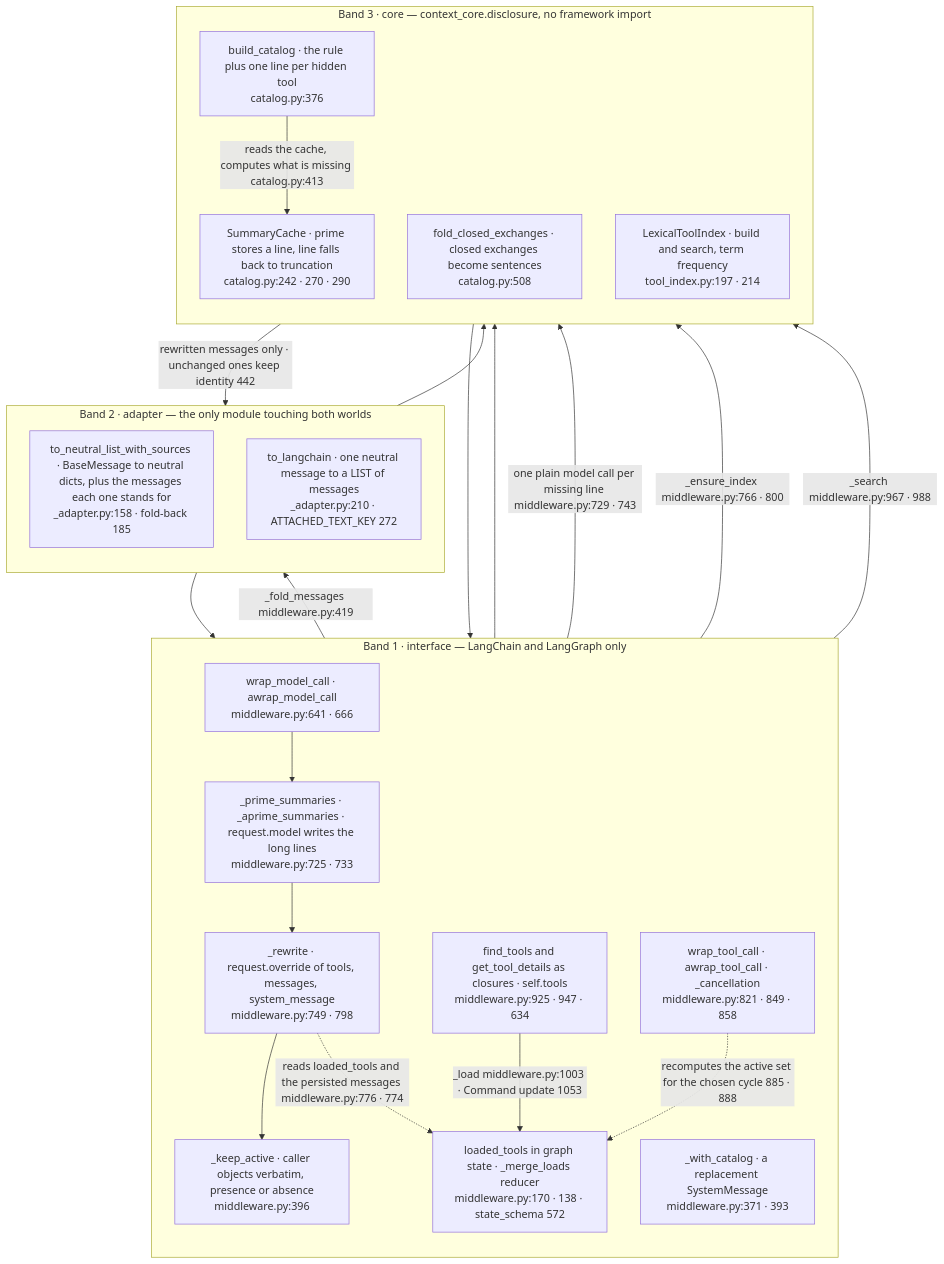
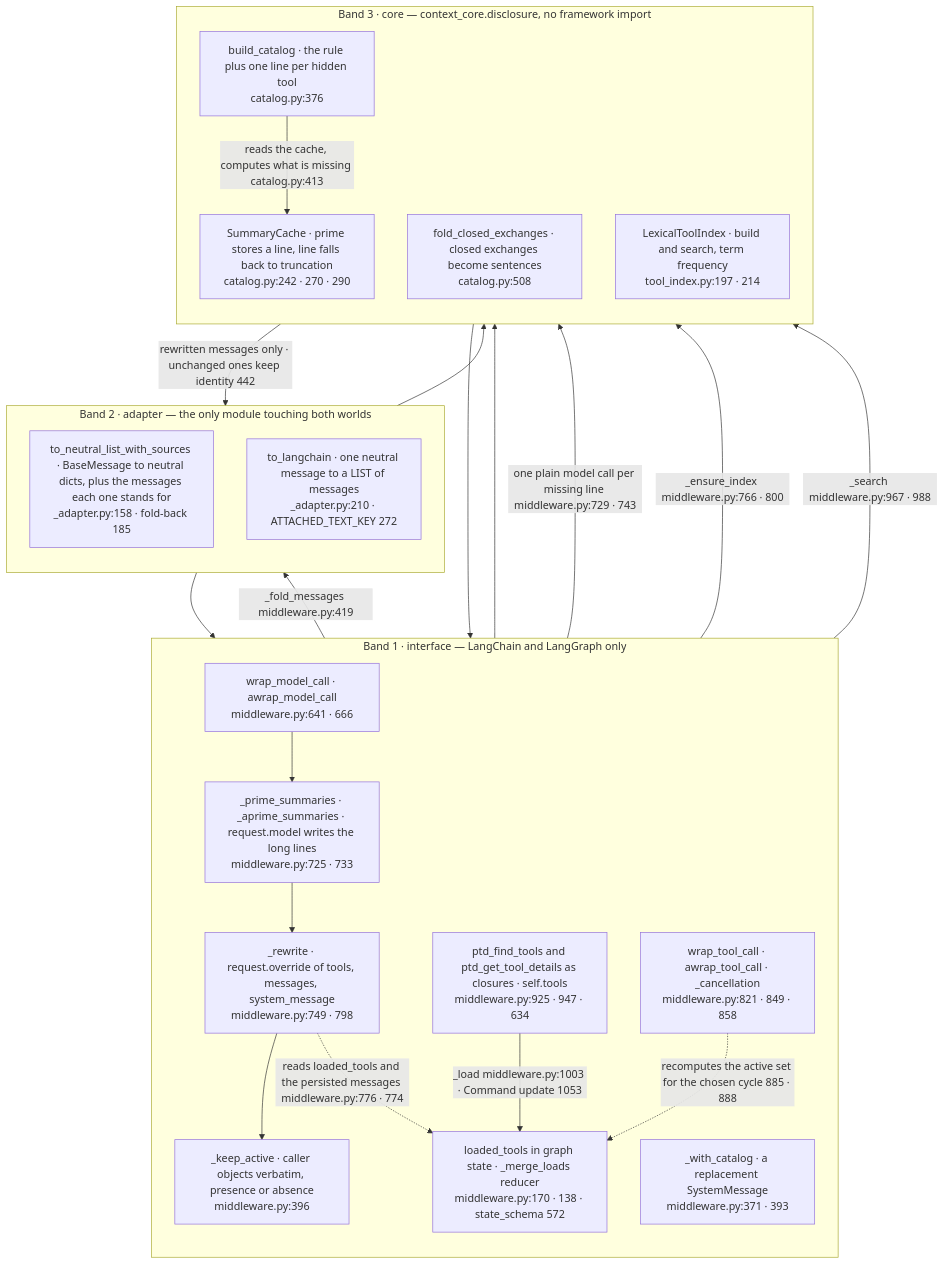
Before and after one commit to aws-samples/sample-context-engineering: the first of 7 diagrams in docs/design/sequence/langgraph/sequence-b-disclosure.md, drawn with Mermaid. The commit also changed other lines of this file and 124 other files, not shown here.

````diff
--- a/docs/design/sequence/langgraph/sequence-b-disclosure.md
+++ b/docs/design/sequence/langgraph/sequence-b-disclosure.md
@@ -87,42 +87,42 @@
 ```mermaid
 flowchart TB
     subgraph band1["Band 1 · interface — LangChain and LangGraph only"]
         direction TB
         WMC["wrap_model_call · awrap_model_call<br/>middleware.py:641 · 666"]
         PRIME["_prime_summaries · _aprime_summaries · request.model writes the long lines<br/>middleware.py:725 · 733"]
         RW["_rewrite · request.override of tools, messages, system_message<br/>middleware.py:749 · 798"]
         KEEP["_keep_active · caller objects verbatim, presence or absence<br/>middleware.py:396"]
         SYS["_with_catalog · a replacement SystemMessage<br/>middleware.py:371 · 393"]
-        TOOLS["find_tools and get_tool_details as closures · self.tools<br/>middleware.py:925 · 947 · 634"]
+        TOOLS["ptd_find_tools and ptd_get_tool_details as closures · self.tools<br/>middleware.py:925 · 947 · 634"]
         WTC["wrap_tool_call · awrap_tool_call · _cancellation<br/>middleware.py:821 · 849 · 858"]
         ST["loaded_tools in graph state · _merge_loads reducer<br/>middleware.py:170 · 138 · state_schema 572"]
     end
     subgraph band2["Band 2 · adapter — the only module touching both worlds"]
         direction TB
         TN["to_neutral_list_with_sources · BaseMessage to neutral dicts, plus the messages each one stands for<br/>_adapter.py:158 · fold-back 185"]
         TL["to_langchain · one neutral message to a LIST of messages<br/>_adapter.py:210 · ATTACHED_TEXT_KEY 272"]
     end
     subgraph band3["Band 3 · core — context_core.disclosure, no framework import"]
         direction TB
         BC["build_catalog · the rule plus one line per hidden tool<br/>catalog.py:376"]
         FCE["fold_closed_exchanges · closed exchanges become sentences<br/>catalog.py:508"]
         LTI["LexicalToolIndex · build and search, term frequency<br/>tool_index.py:197 · 214"]
         SC["SummaryCache · prime stores a line, line falls back to truncation<br/>catalog.py:242 · 270 · 290"]
     end
     WMC --> PRIME
     PRIME --> RW
     RW --> KEEP
     RW --> BC
     BC --> SYS
     PRIME -->|"one plain model call per missing line middleware.py:729 · 743"| SC
     BC -->|"reads the cache, computes what is missing catalog.py:413"| SC
     RW -->|"_fold_messages middleware.py:419"| TN
     TN --> FCE
     FCE -->|"rewritten messages only · unchanged ones keep identity 442"| TL
     TL --> RW
     RW -.->|"reads loaded_tools and the persisted messages middleware.py:776 · 774"| ST
     RW -->|"_ensure_index middleware.py:766 · 800"| LTI
     TOOLS -->|"_search middleware.py:967 · 988"| LTI
     TOOLS -->|"_load middleware.py:1003 · Command update 1053"| ST
     WTC -.->|"recomputes the active set for the chosen cycle 885 · 888"| ST
 ```
````
